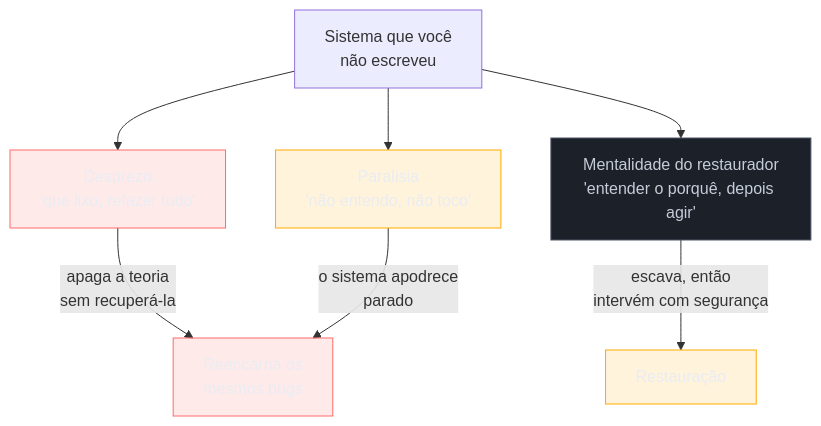
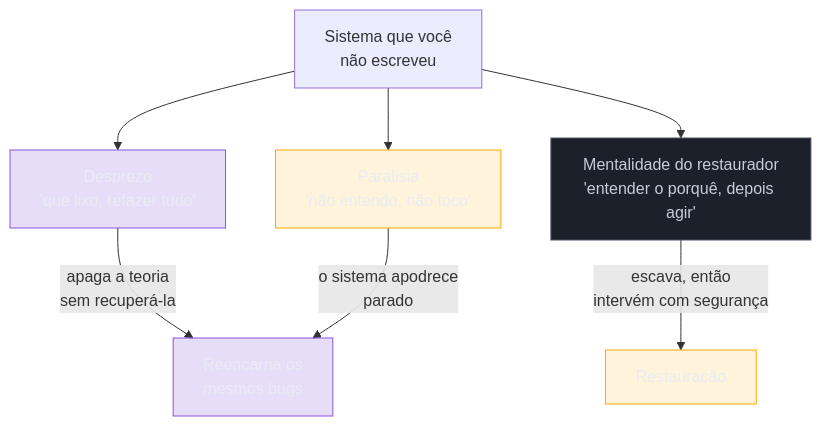
Before and after one commit to josenaldo/codex-technomanticus: the diagram in 03-Dominios/Engenharia/Arqueologia e Restauração de Software/02 - A mentalidade do restaurador.md, drawn with Mermaid. The commit also changed 601 other files, not shown here.

````diff
--- a/03-Dominios/Engenharia/Arqueologia e Restauração de Software/02 - A mentalidade do restaurador.md
+++ b/03-Dominios/Engenharia/Arqueologia e Restauração de Software/02 - A mentalidade do restaurador.md
@@ -27,17 +27,17 @@
 ```mermaid
 graph TD
-    classDef falha fill:#FF6B6B24,stroke:#FF6B6B,color:#E9ECF2
+    classDef marca fill:#8855DF33,stroke:#8855DF,color:#E9ECF2
     classDef destaque fill:#FFAA0024,stroke:#FFAA00,color:#E9ECF2
     classDef neutro fill:#1B2029,stroke:#4E5666,color:#C6CCD8
     S["Sistema que você<br/>não escreveu"] --> A["Desprezo<br/>'que lixo, refazer tudo'"]
     S --> B["Paralisia<br/>'não entendo, não toco'"]
     S --> C["Mentalidade do restaurador<br/>'entender o porquê, depois agir'"]
     A -->|"apaga a teoria<br/>sem recuperá-la"| X["Reencarna os<br/>mesmos bugs"]
     B -->|"o sistema apodrece<br/>parado"| X
     C -->|"escava, então<br/>intervém com segurança"| V["Restauração"]
-    class A falha
+    class A marca
     class B destaque
     class C neutro
-    class X falha
+    class X marca
     class V destaque
 ```
````
